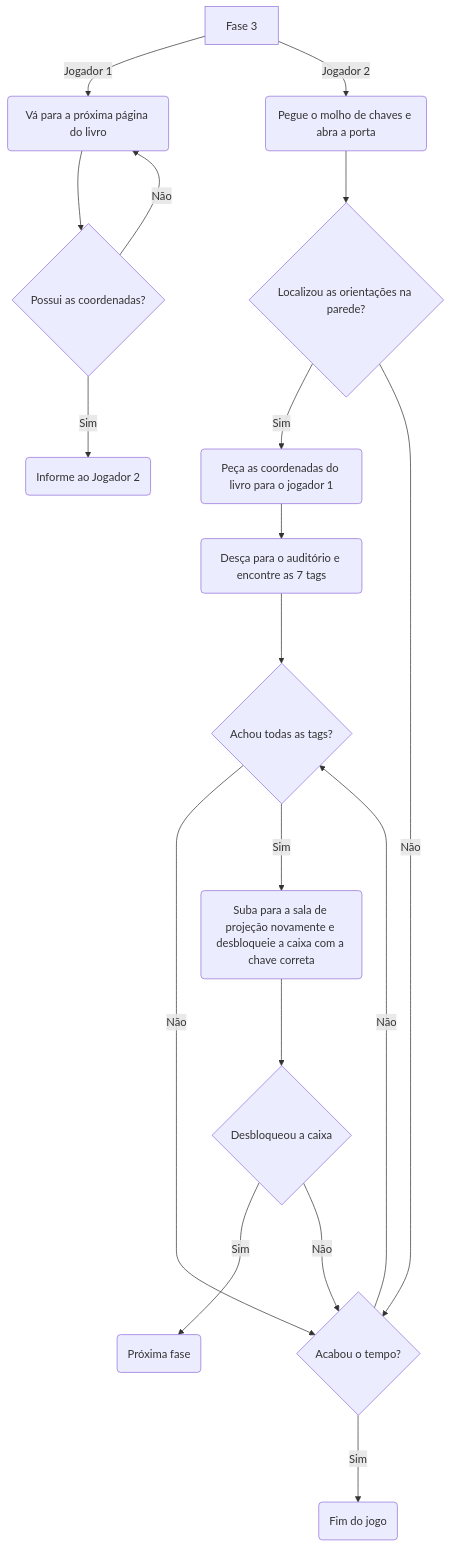
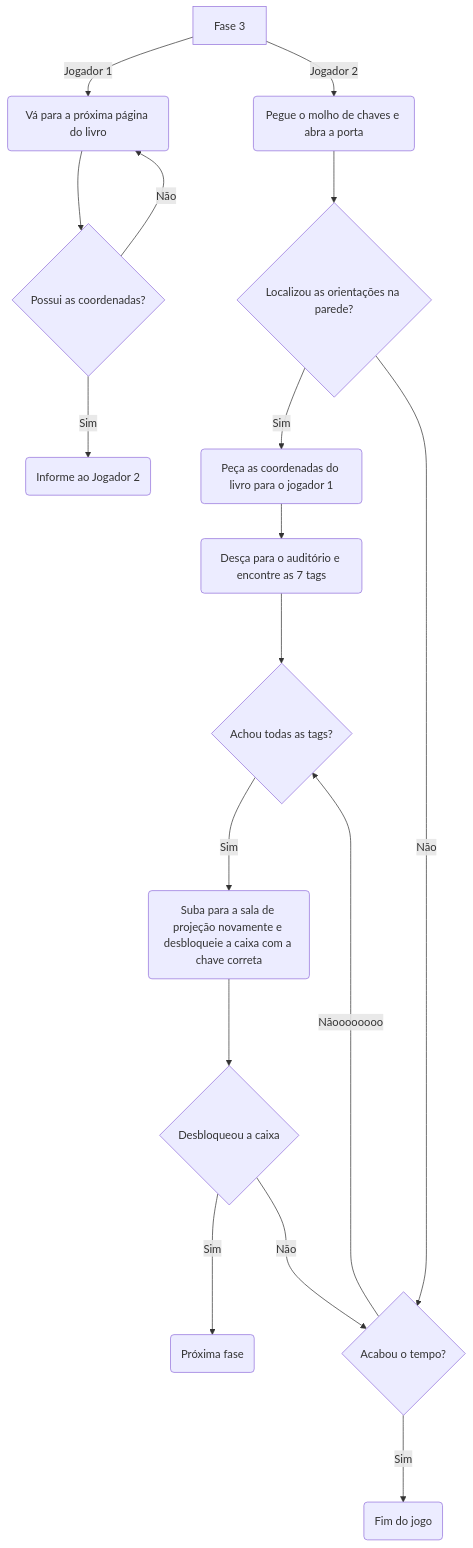
One commit to DinamicCreative/EscapeRoom changed the fourth of 4 diagrams in README.md. Above: the diagram before and after it, drawn with Mermaid.

````diff
--- a/README.md
+++ b/README.md
@@ -110,26 +110,25 @@
 ```mermaid
 flowchart TD
   AA[Fase 3]
   AA --> |Jogador 1| BB(Vá para a próxima página do livro)
   AA --> |Jogador 2| CC(Pegue o molho de chaves e abra a porta)
   CC --> DD{Localizou as orientações na parede?}
  
  DD --> |Sim| LL(Peça as coordenadas do livro para o jogador 1)
 DD --> |Não| HH
 
 
  LL --> AAA(Desça para o auditório e encontre as 7 tags)
  AAA ---> BBB{Achou todas as tags?}
- BBB ---> |Não| HH{Acabou o tempo?}
  BBB ---> |Sim| CCC(Suba para a sala de projeção novamente e desbloqueie a caixa com a chave correta)
  CCC ---> DDD{Desbloqueou a caixa}
  DDD ---> |Sim| EEE(Próxima fase)
  DDD ---> |Não| HH
- HH ---> |Sim| FF(Fim do jogo)
- HH ---> |Não| BBB
+ HH{Acabou o tempo?} ---> |Sim| FF(Fim do jogo)
+ HH ---> |Nãoooooooo| BBB
 
 BB --> RR{Possui as coordenadas?}
 RR -->  |Sim| SS(Informe ao Jogador 2)
 RR -->  |Não| BB
 
 ```
````
